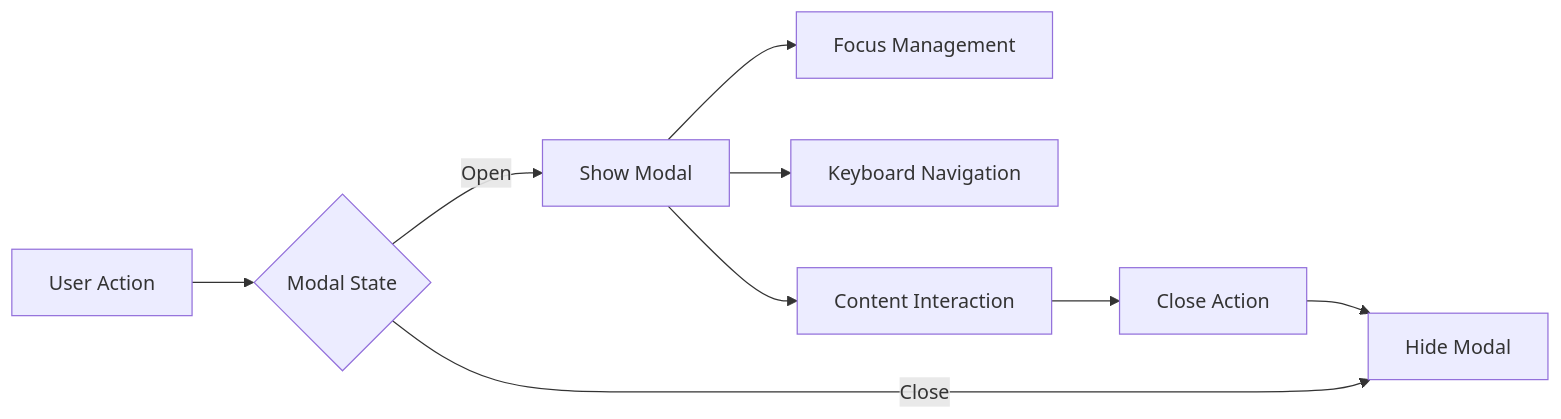
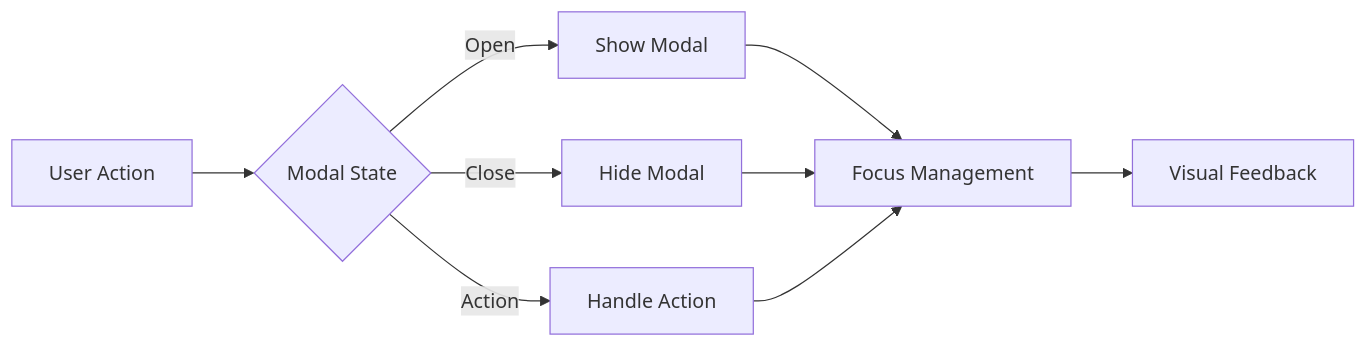
The third of 3 diagrams in DOCS/components/feedback/Modal.md (gedeza/thrive-send), drawn with Mermaid before and after one commit. The commit also changed other lines of this file and 25 other files, not shown here.

````diff
--- a/DOCS/components/feedback/Modal.md
+++ b/DOCS/components/feedback/Modal.md
@@ -168,11 +169,13 @@
 ```mermaid
 graph LR
     A[User Action] --> B{Modal State}
     B -->|Open| C[Show Modal]
     B -->|Close| D[Hide Modal]
-    C --> E[Focus Management]
-    C --> F[Keyboard Navigation]
-    C --> G[Content Interaction]
-    G --> H[Close Action]
-    H --> D
+    B -->|Action| E[Handle Action]
+    
+    C --> F[Focus Management]
+    D --> F
+    E --> F
+    
+    F --> G[Visual Feedback]
 ```
````
